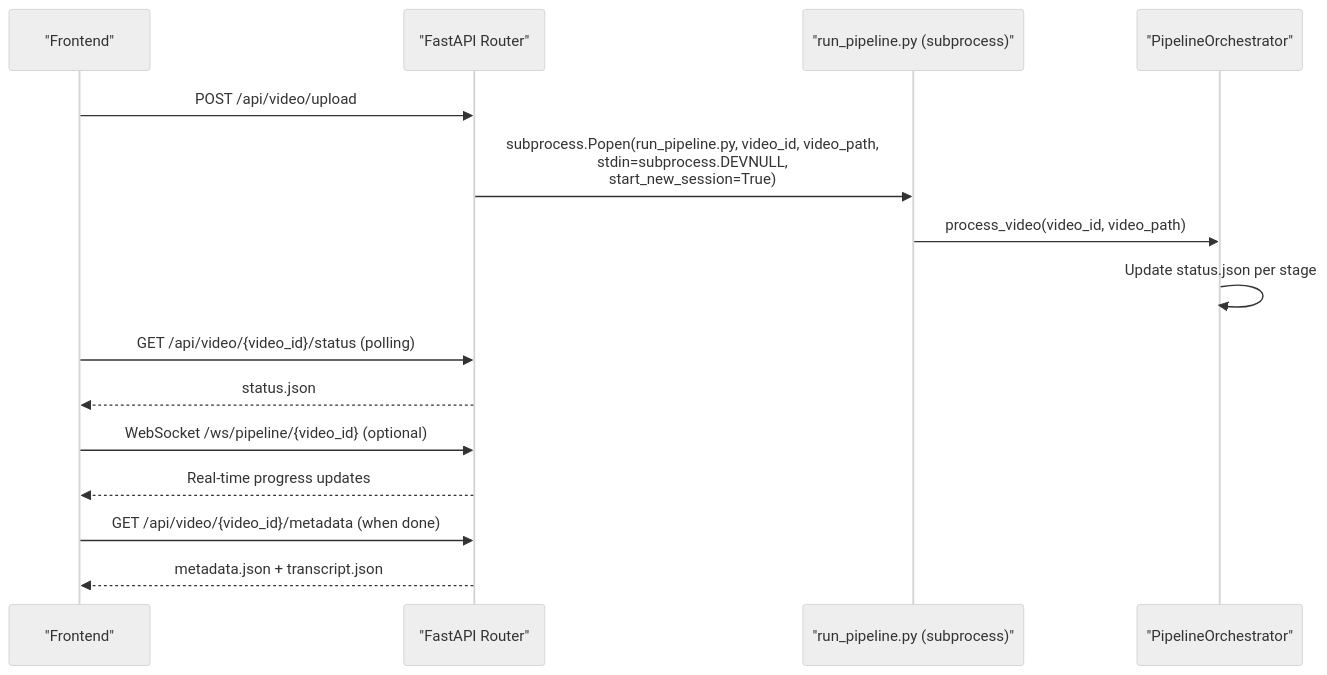
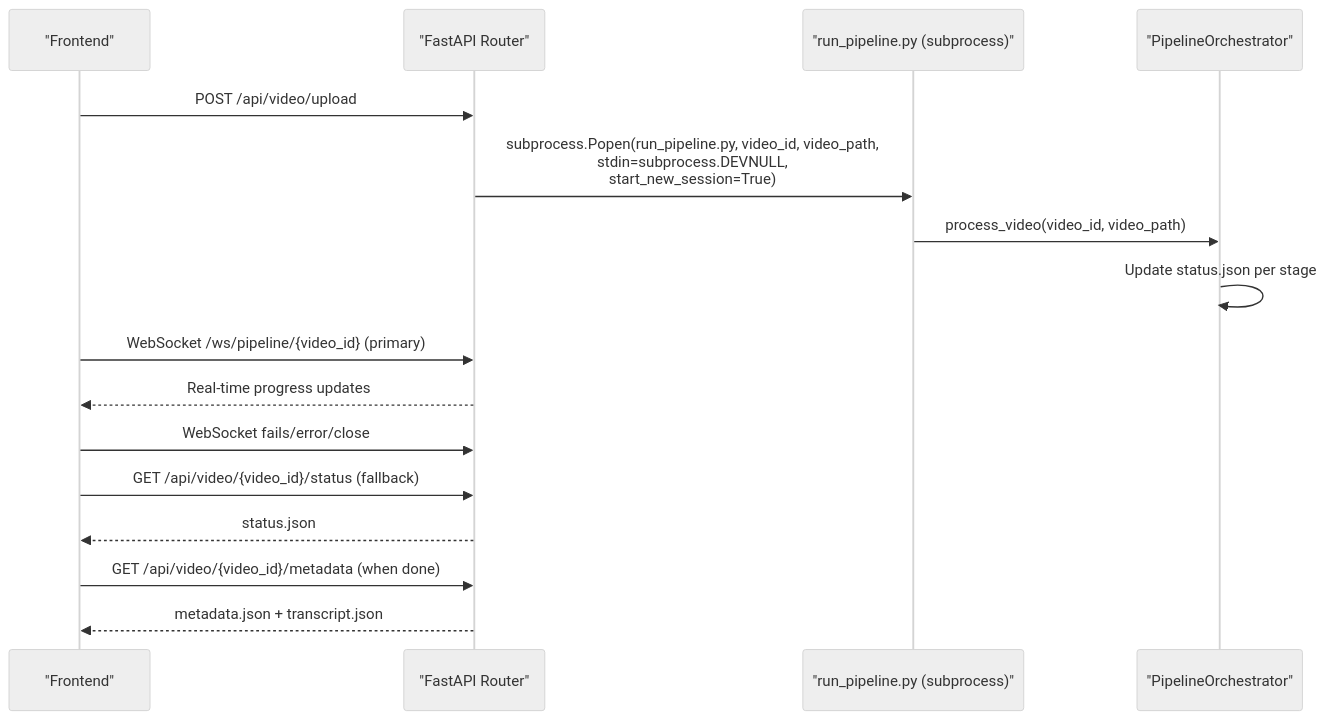
The fourth of 5 diagrams in .qoder/repowiki/en/content/Media Processing Pipeline/Media Processing Pipeline.md (alexandreybasta-cyber/dubai-media-ai), drawn with Mermaid (neutral theme) before and after one commit. The commit also changed other lines of this file and 20 other files, not shown here.

````diff
--- a/.qoder/repowiki/en/content/Media Processing Pipeline/Media Processing Pipeline.md
+++ b/.qoder/repowiki/en/content/Media Processing Pipeline/Media Processing Pipeline.md
@@ -369,17 +373,18 @@
 ```mermaid
 sequenceDiagram
 participant FE as "Frontend"
 participant API as "FastAPI Router"
 participant SUBPROC as "run_pipeline.py (subprocess)"
 participant ORCH as "PipelineOrchestrator"
 FE->>API : POST /api/video/upload
 API->>SUBPROC : subprocess.Popen(run_pipeline.py, video_id, video_path,<br/>stdin=subprocess.DEVNULL,<br/>start_new_session=True)
 SUBPROC->>ORCH : process_video(video_id, video_path)
 ORCH->>ORCH : Update status.json per stage
-FE->>API : GET /api/video/{video_id}/status (polling)
+FE->>API : WebSocket /ws/pipeline/{video_id} (primary)
+API-->>FE : Real-time progress updates
+FE->>API : WebSocket fails/error/close
+FE->>API : GET /api/video/{video_id}/status (fallback)
 API-->>FE : status.json
-FE->>API : WebSocket /ws/pipeline/{video_id} (optional)
-API-->>FE : Real-time progress updates
 FE->>API : GET /api/video/{video_id}/metadata (when done)
 API-->>FE : metadata.json + transcript.json
 ```
````
